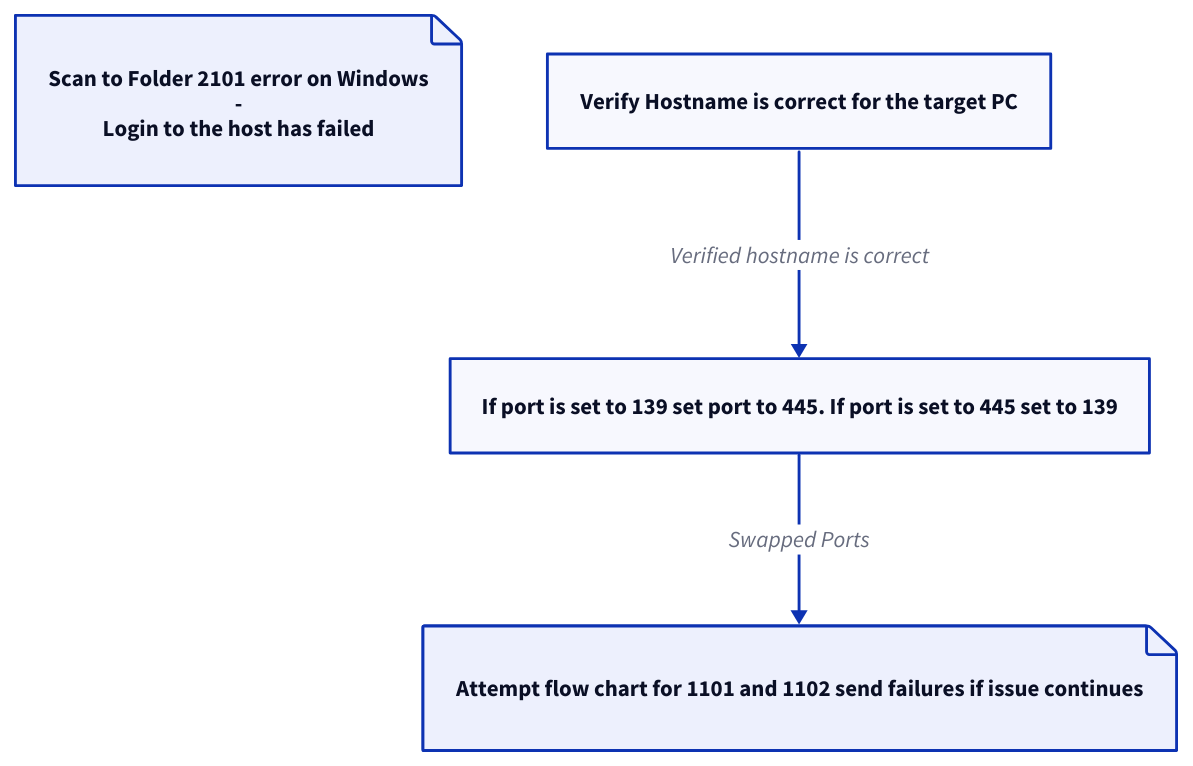
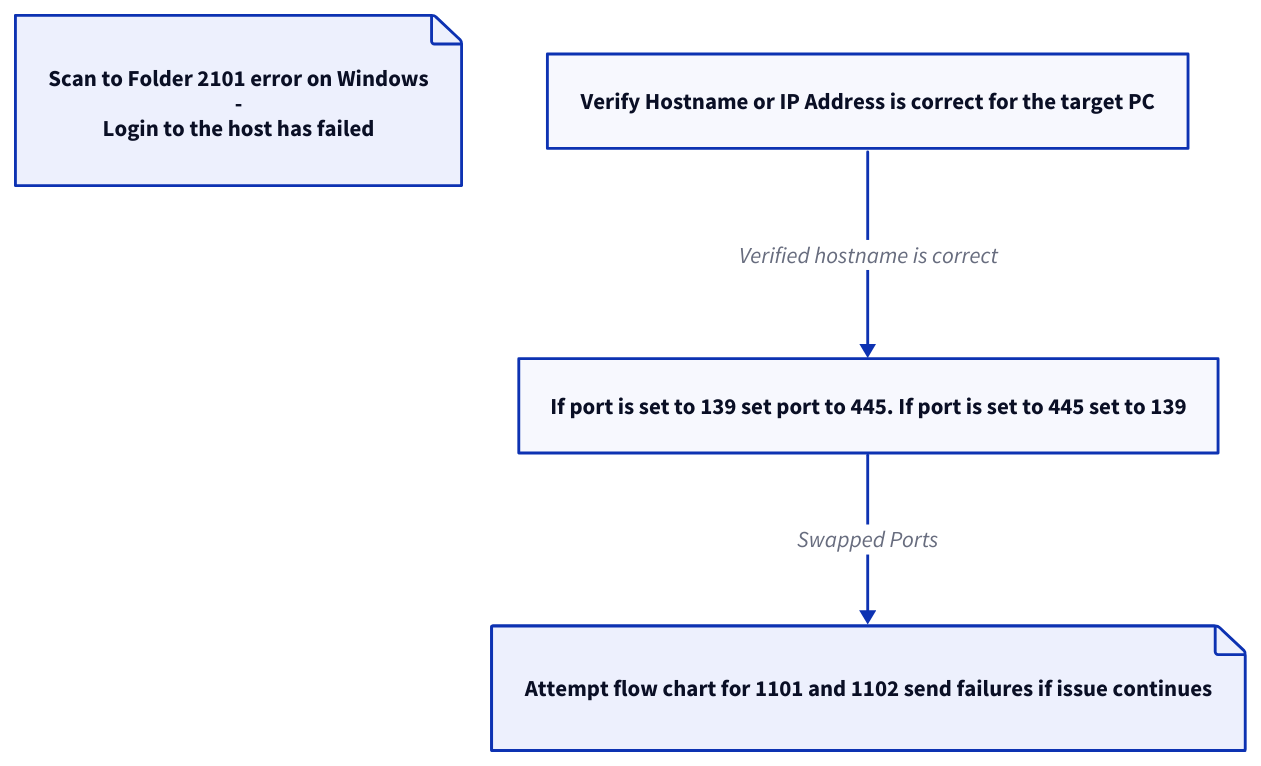
Before and after one commit to ThunderCreeper4/mfp-scanning-flowchart: the diagram in smb/kyocera/windows/2101.d2, drawn with D2. The commit also changed 2 other files, not shown here.

```diff
--- a/smb/kyocera/windows/2101.d2
+++ b/smb/kyocera/windows/2101.d2
@@ -1,14 +1,14 @@
 Scan to Folder 2101 error on Windows\n-\nLogin to the host has failed.: {class: note}
 classes: {
     step: {shape: rectangle}
     diagnose: {shape: diamond}
     fixed: {shape: rectangle; style: {fill: "#90FF90"; stroke: "#00A000";}}
     failure: {shape: rectangle; style: {fill: "#FF9090"; stroke: "#A00000";}}
     note: {shape: page;}
 }
 
-1: Verify Hostname is correct for the target PC {class: step}
+1: Verify Hostname or IP Address is correct for the target PC {class: step}
 2: If port is set to 139 set port to 445. If port is set to 445 set to 139 {class: step}
 1 -> 2: Verified hostname is correct
 3: Attempt flow chart for 1101 and 1102 send failures if issue continues {class: note}
 2 -> 3: Swapped Ports
```
